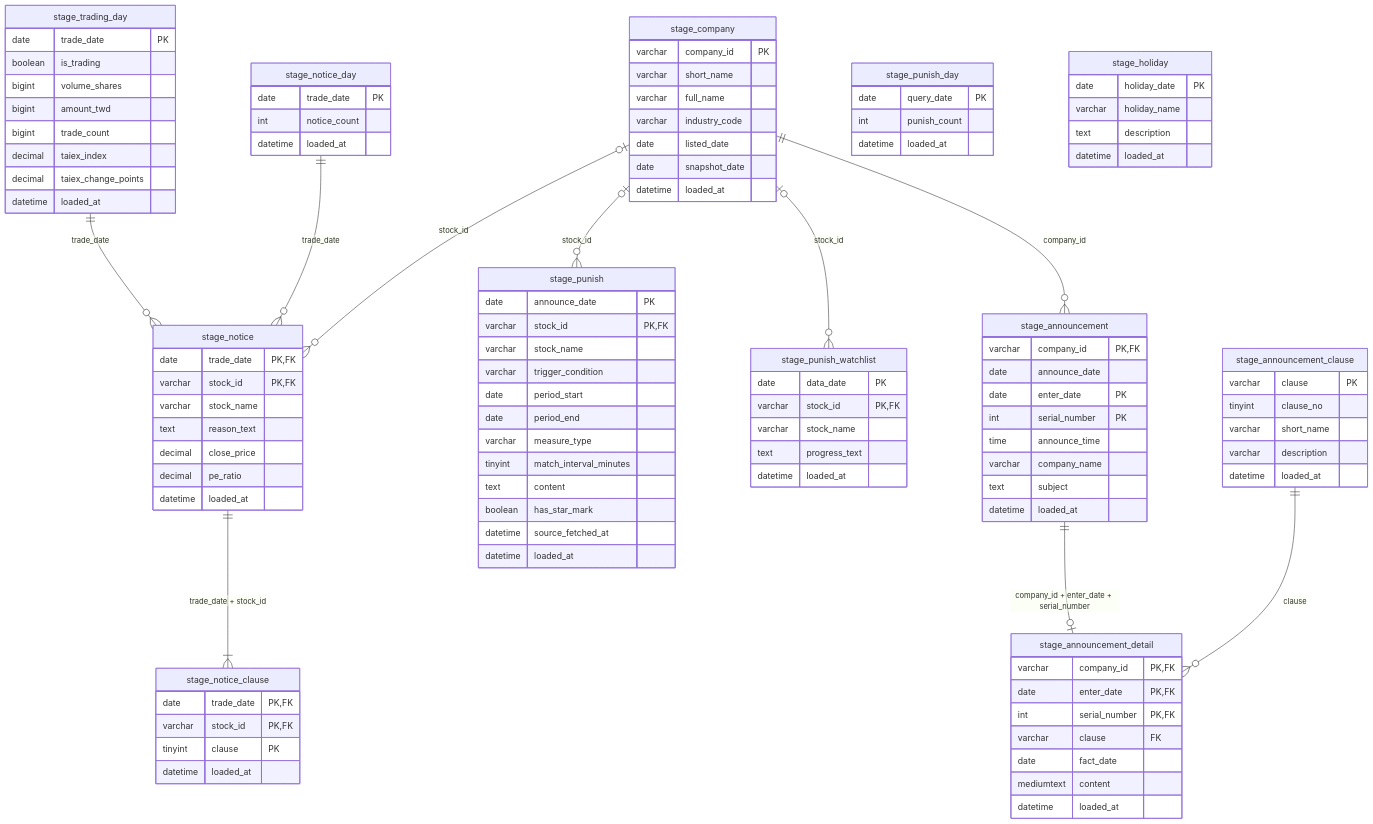
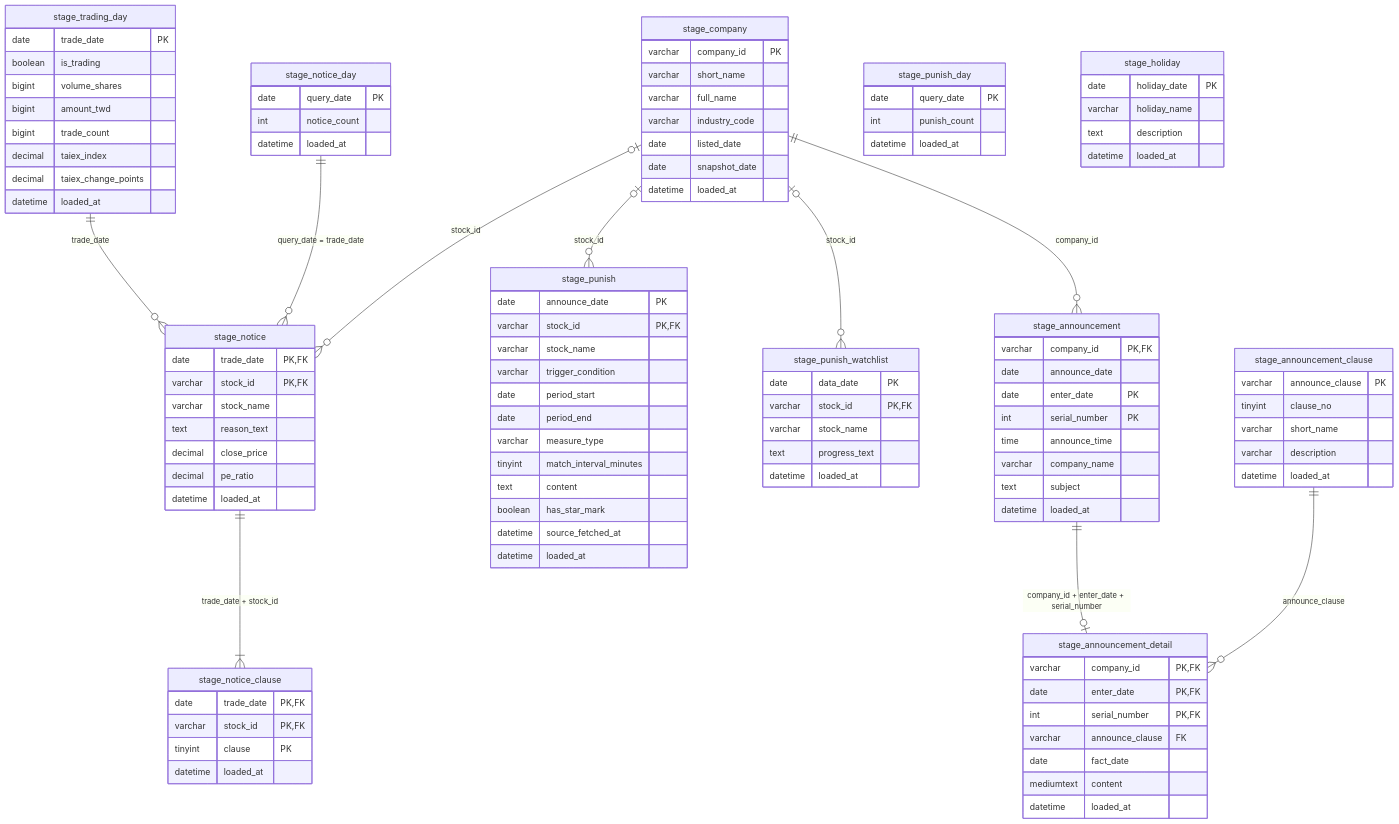
One commit to hannahTai/G2-attention_stock_tracker-tw_stock changed the diagram in docs/tables.md. Above: the diagram before and after it, drawn with Mermaid. The commit also changed other lines of this file and 19 other files, not shown here.

```diff
--- a/docs/tables.md
+++ b/docs/tables.md
@@ -68,10 +68,10 @@
     stage_company |o--o{ stage_punish_watchlist : "stock_id"
     stage_company ||--o{ stage_announcement : "company_id"
     stage_announcement ||--o| stage_announcement_detail : "company_id + enter_date + serial_number"
-    stage_announcement_clause ||--o{ stage_announcement_detail : "clause"
+    stage_announcement_clause ||--o{ stage_announcement_detail : "announce_clause"
     stage_notice ||--|{ stage_notice_clause : "trade_date + stock_id"
     stage_trading_day ||--o{ stage_notice : "trade_date"
-    stage_notice_day ||--o{ stage_notice : "trade_date"
+    stage_notice_day ||--o{ stage_notice : "query_date = trade_date"
 
     stage_company {
         varchar company_id PK
@@ -98,7 +98,7 @@
         datetime loaded_at
     }
     stage_notice_day {
-        date trade_date PK
+        date query_date PK
         int notice_count
         datetime loaded_at
     }
@@ -142,13 +142,13 @@
         varchar company_id PK, FK
         date enter_date PK, FK
         int serial_number PK, FK
-        varchar clause FK
+        varchar announce_clause FK
         date fact_date
         mediumtext content
         datetime loaded_at
     }
     stage_announcement_clause {
-        varchar clause PK
+        varchar announce_clause PK
         tinyint clause_no
         varchar short_name
         varchar description
```
